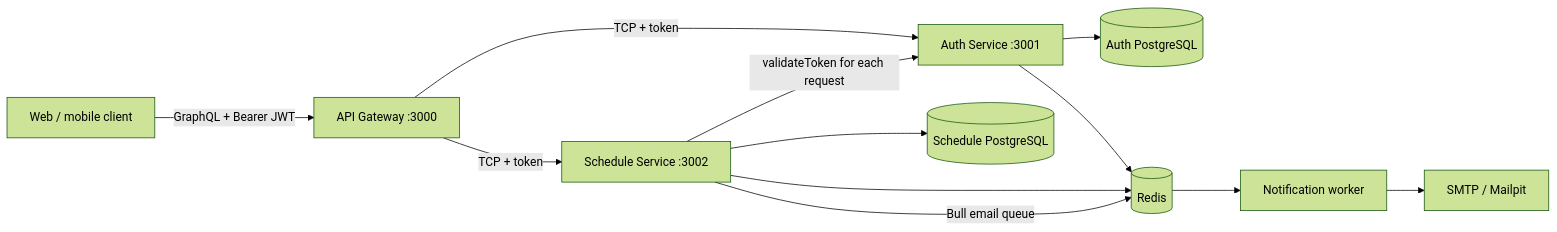
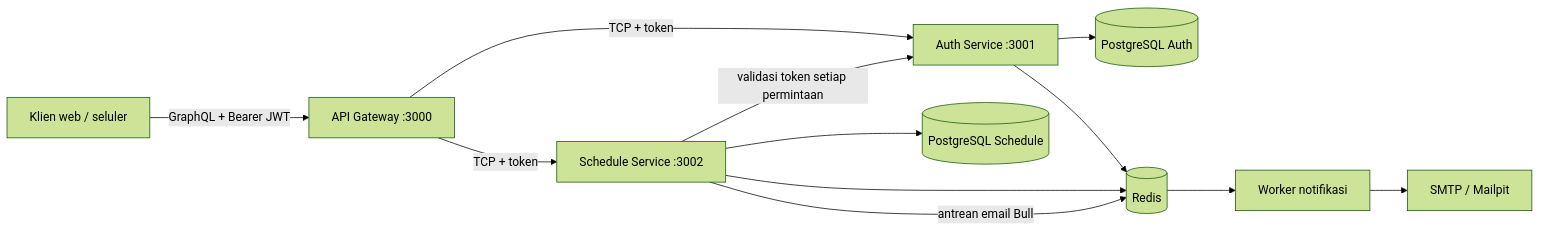
One commit to radenraflyy/be-healthcare-schedule-system changed the diagram in README.md. Above: the diagram before and after it, drawn with Mermaid (forest theme). The commit also changed other lines of this file and 28 other files, not shown here.

````diff
--- a/README.md
+++ b/README.md
@@ -7,14 +7,14 @@
 ```mermaid
 flowchart LR
-  FE[Web / mobile client] -->|GraphQL + Bearer JWT| GW[API Gateway :3000]
+  FE[Klien web / seluler] -->|GraphQL + Bearer JWT| GW[API Gateway :3000]
   GW -->|TCP + token| AUTH[Auth Service :3001]
   GW -->|TCP + token| SCHED[Schedule Service :3002]
-  SCHED -->|validateToken for each request| AUTH
-  AUTH --> AUTHDB[(Auth PostgreSQL)]
-  SCHED --> SCHEDDB[(Schedule PostgreSQL)]
+  SCHED -->|validasi token setiap permintaan| AUTH
+  AUTH --> AUTHDB[(PostgreSQL Auth)]
+  SCHED --> SCHEDDB[(PostgreSQL Schedule)]
   AUTH --> REDIS[(Redis)]
   SCHED --> REDIS
-  SCHED -->|Bull email queue| REDIS
-  REDIS --> NOTIFY[Notification worker]
+  SCHED -->|antrean email Bull| REDIS
+  REDIS --> NOTIFY[Worker notifikasi]
   NOTIFY --> SMTP[SMTP / Mailpit]
 ```
````
